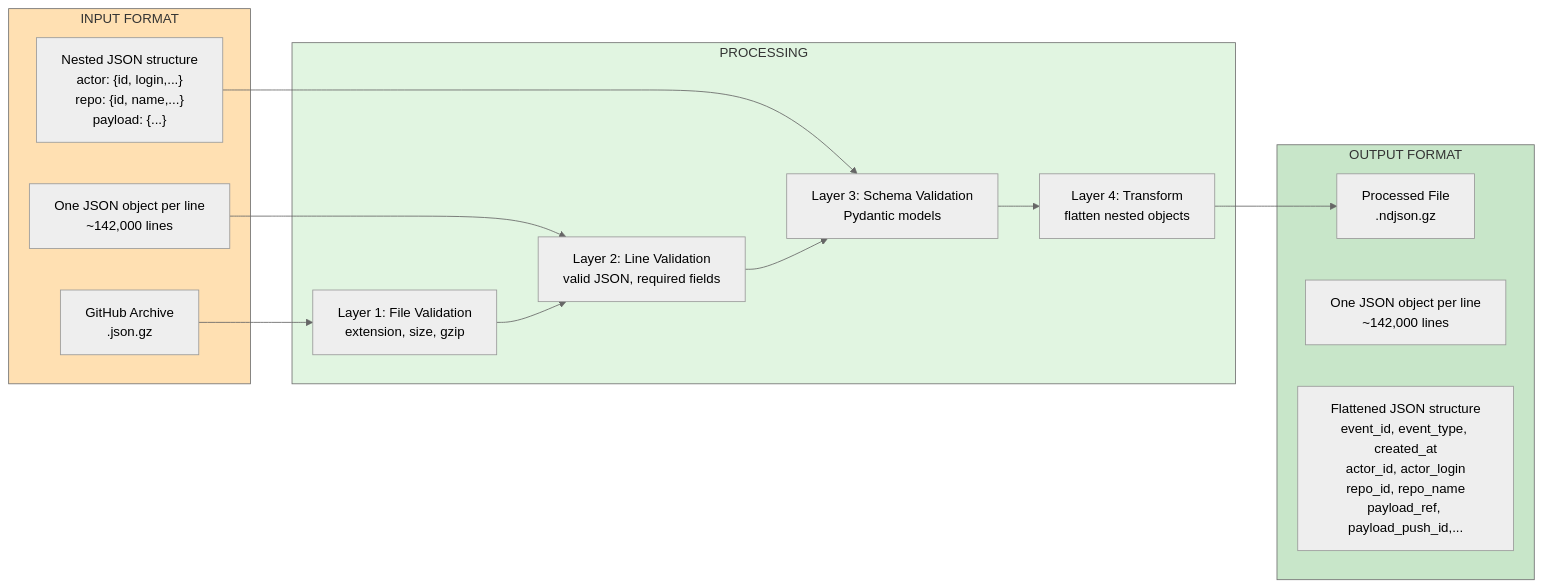
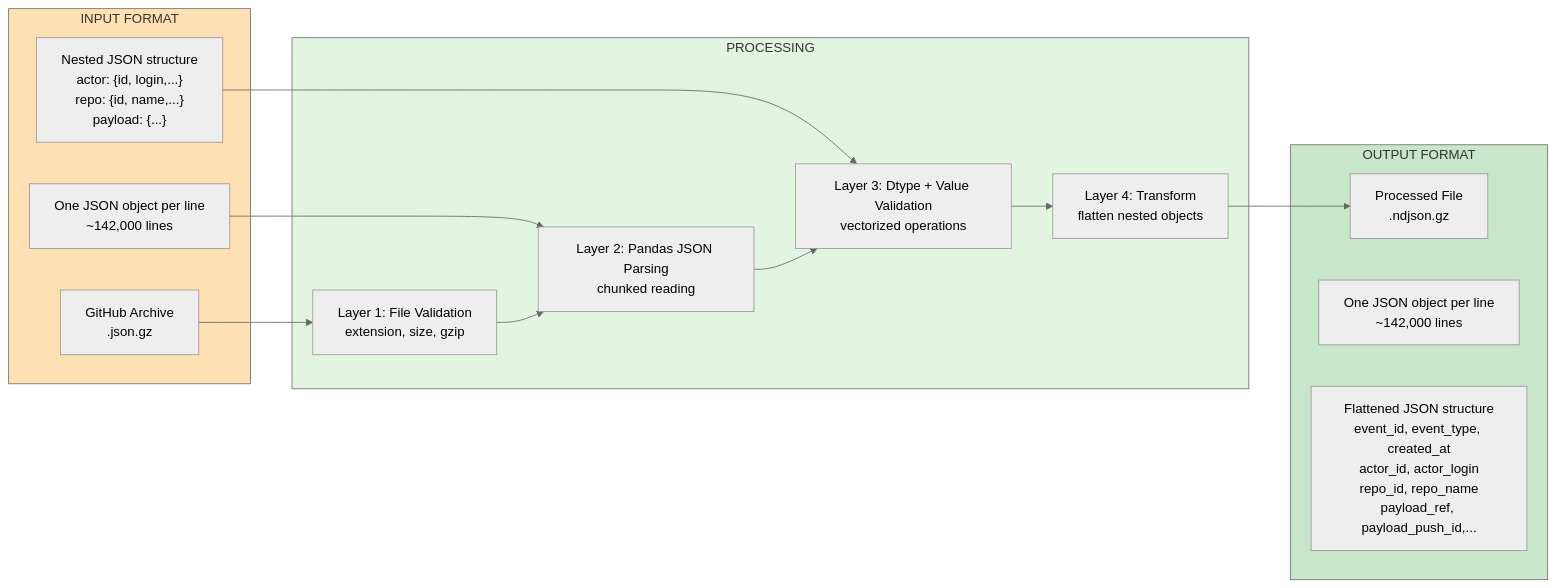
Before and after one commit to prateekpanjla-outlook/gcp_data_proc: the diagram in design/github_archive/phase2_process_files/diagrams/08_data_flow.md, drawn with Mermaid (neutral theme). The commit also changed 8 other files, not shown here.

First line of the commit message:
refactor: simplify Phase 2 architecture - remove Firestore tracking

````diff
--- a/design/github_archive/phase2_process_files/diagrams/08_data_flow.md
+++ b/design/github_archive/phase2_process_files/diagrams/08_data_flow.md
@@ -3,35 +3,35 @@
 ```mermaid
 graph LR
     subgraph Input["INPUT FORMAT"]
         IN1[GitHub Archive<br>.json.gz]
         IN2[One JSON object per line<br>~142,000 lines]
         IN3["Nested JSON structure<br>actor: {id, login,...}<br>repo: {id, name,...}<br>payload: {...}"]
     end
 
     subgraph Process["PROCESSING"]
         V1[Layer 1: File Validation<br>extension, size, gzip]
-        V2[Layer 2: Line Validation<br>valid JSON, required fields]
-        V3[Layer 3: Schema Validation<br>Pydantic models]
+        V2[Layer 2: Pandas JSON Parsing<br>chunked reading]
+        V3[Layer 3: Dtype + Value Validation<br>vectorized operations]
         V4[Layer 4: Transform<br>flatten nested objects]
     end
 
     subgraph Output["OUTPUT FORMAT"]
         OUT1[Processed File<br>.ndjson.gz]
         OUT2[One JSON object per line<br>~142,000 lines]
         OUT3[Flattened JSON structure<br>event_id, event_type, created_at<br>actor_id, actor_login<br>repo_id, repo_name<br>payload_ref, payload_push_id,...]
     end
 
     IN1 --> V1
     IN2 --> V2
     IN3 --> V3
     V1 --> V2
     V2 --> V3
     V3 --> V4
     V4 --> OUT1
     OUT2
     OUT3
 
     style Input fill:#ffe0b2
     style Process fill:#e1f5e1
     style Output fill:#c8e6c9
 ```
````
